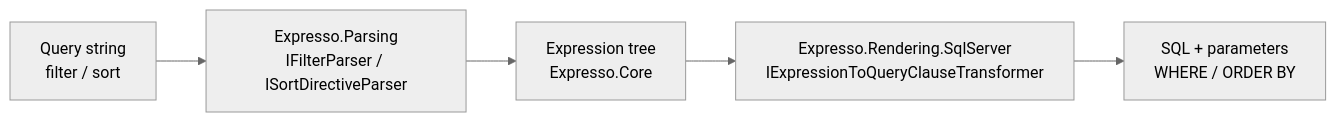
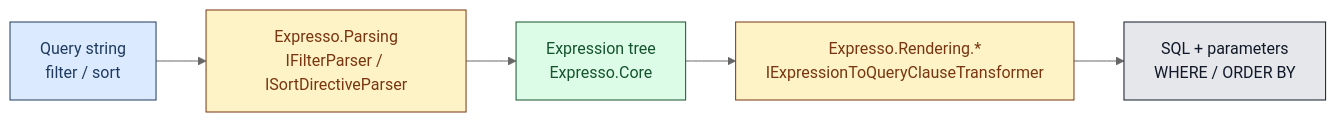
Before and after one commit to itorgashov/Expresso: the diagram in docs/overview.md, drawn with Mermaid (neutral theme). The commit also changed other lines of this file and 208 other files, not shown here.

````diff
--- a/docs/overview.md
+++ b/docs/overview.md
@@ -21,7 +21,12 @@
 ```mermaid
 flowchart LR
     Q["Query string\nfilter / sort"] --> P["Expresso.Parsing\nIFilterParser / ISortDirectiveParser"]
     P --> T["Expression tree\nExpresso.Core"]
-    T --> R["Expresso.Rendering.SqlServer\nIExpressionToQueryClauseTransformer"]
+    T --> R["Expresso.Rendering.*\nIExpressionToQueryClauseTransformer"]
     R --> S["SQL + parameters\nWHERE / ORDER BY"]
+    style Q fill:#dbeafe,stroke:#1e3a5f,color:#1e3a5f
+    style P fill:#fef3c7,stroke:#78350f,color:#78350f
+    style T fill:#dcfce7,stroke:#14532d,color:#14532d
+    style R fill:#fef3c7,stroke:#78350f,color:#78350f
+    style S fill:#e5e7eb,stroke:#111827,color:#111827
 ```
````
